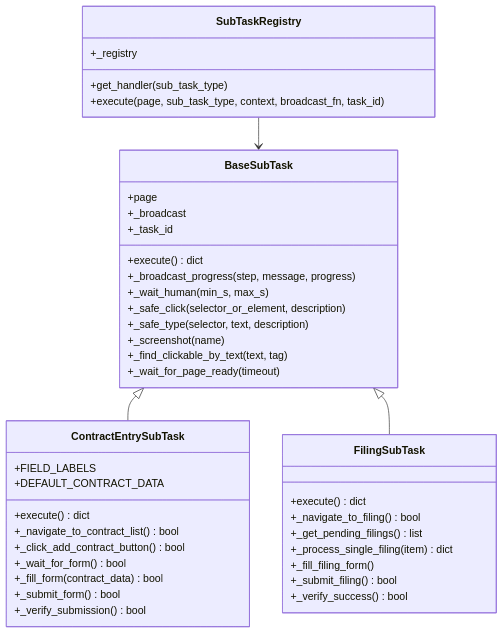
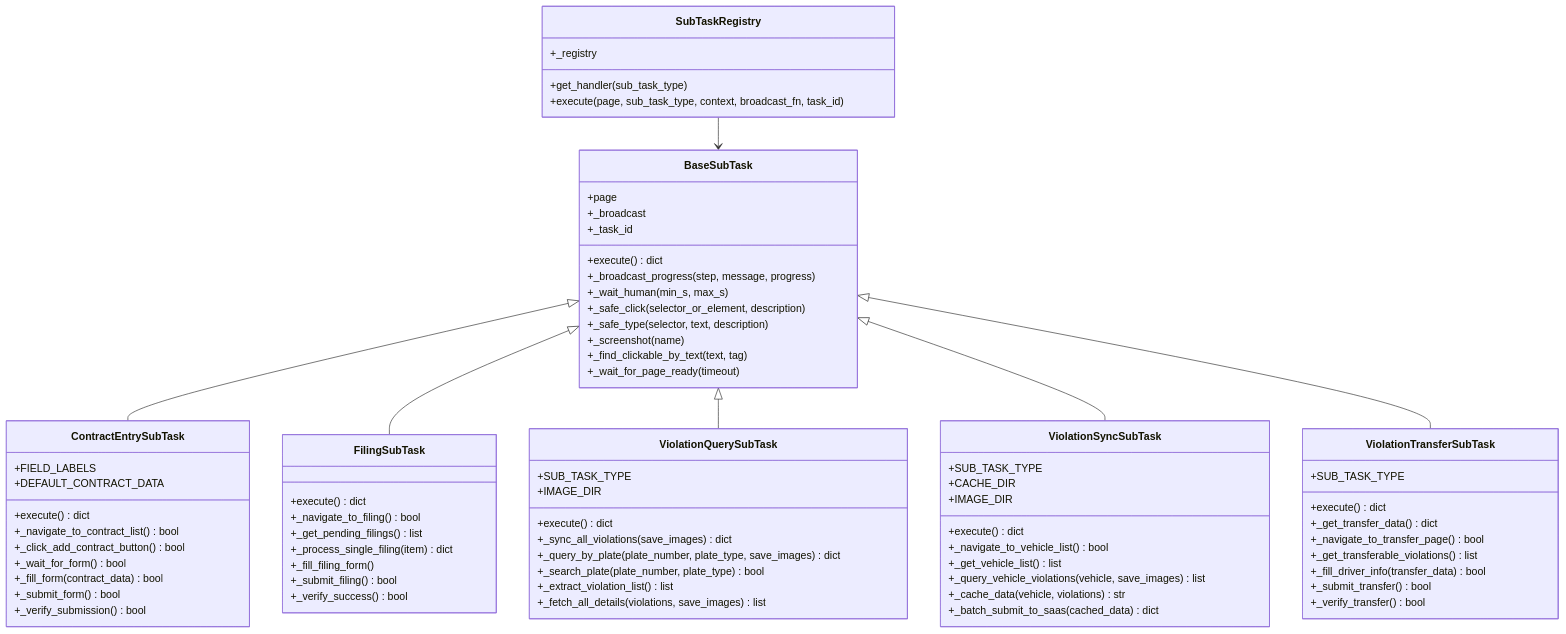
One commit to onebody/ccclubs_AI_RPA changed the fifth of 13 diagrams in .qoder/repowiki/zh/content/浏览器自动化/浏览器自动化.md. Above: the diagram before and after it, drawn with Mermaid. The commit also changed other lines of this file and 5 other files, not shown here.

````diff
--- a/.qoder/repowiki/zh/content/浏览器自动化/浏览器自动化.md
+++ b/.qoder/repowiki/zh/content/浏览器自动化/浏览器自动化.md
@@ -249,44 +263,78 @@
 ```mermaid
 classDiagram
 class SubTaskRegistry {
 +_registry
 +get_handler(sub_task_type)
 +execute(page, sub_task_type, context, broadcast_fn, task_id)
 }
 class BaseSubTask {
 +page
 +_broadcast
 +_task_id
 +execute() dict
 +_broadcast_progress(step, message, progress)
 +_wait_human(min_s, max_s)
 +_safe_click(selector_or_element, description)
 +_safe_type(selector, text, description)
 +_screenshot(name)
 +_find_clickable_by_text(text, tag)
 +_wait_for_page_ready(timeout)
 }
 class ContractEntrySubTask {
 +FIELD_LABELS
 +DEFAULT_CONTRACT_DATA
 +execute() dict
 +_navigate_to_contract_list() bool
 +_click_add_contract_button() bool
 +_wait_for_form() bool
 +_fill_form(contract_data) bool
 +_submit_form() bool
 +_verify_submission() bool
 }
 class FilingSubTask {
 +execute() dict
 +_navigate_to_filing() bool
 +_get_pending_filings() list
 +_process_single_filing(item) dict
 +_fill_filing_form()
 +_submit_filing() bool
 +_verify_success() bool
 }
+class ViolationQuerySubTask {
++SUB_TASK_TYPE
++IMAGE_DIR
++execute() dict
++_sync_all_violations(save_images) dict
++_query_by_plate(plate_number, plate_type, save_images) dict
++_search_plate(plate_number, plate_type) bool
++_extract_violation_list() list
++_fetch_all_details(violations, save_images) list
+}
+class ViolationSyncSubTask {
++SUB_TASK_TYPE
++CACHE_DIR
++IMAGE_DIR
++execute() dict
++_navigate_to_vehicle_list() bool
++_get_vehicle_list() list
++_query_vehicle_violations(vehicle, save_images) list
++_cache_data(vehicle, violations) str
++_batch_submit_to_saas(cached_data) dict
+}
+class ViolationTransferSubTask {
++SUB_TASK_TYPE
++execute() dict
++_get_transfer_data() dict
++_navigate_to_transfer_page() bool
++_get_transferable_violations() list
++_fill_driver_info(transfer_data) bool
++_submit_transfer() bool
++_verify_transfer() bool
+}
 SubTaskRegistry --> BaseSubTask
 BaseSubTask <|-- ContractEntrySubTask
 BaseSubTask <|-- FilingSubTask
+BaseSubTask <|-- ViolationQuerySubTask
+BaseSubTask <|-- ViolationSyncSubTask
+BaseSubTask <|-- ViolationTransferSubTask
 ```
````
